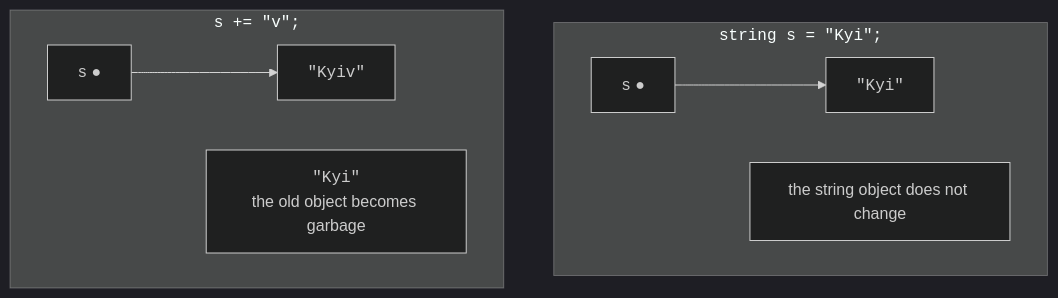
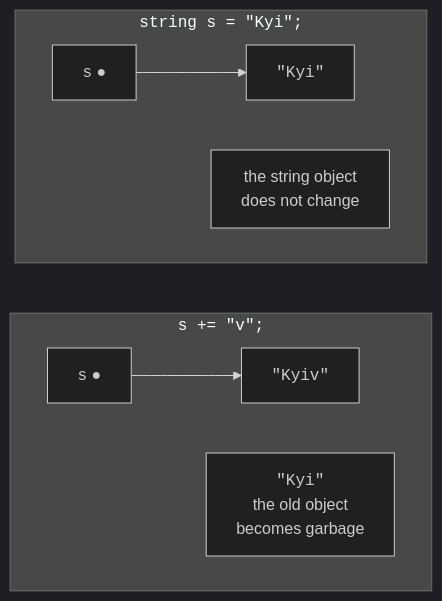
One commit to musicvano/Blog changed the diagram in src/courses/csharp/04-arrays-strings/strings.md. Above: the diagram before and after it, drawn with Mermaid (dark theme). The commit also changed other lines of this file and 583 other files, not shown here.

````diff
--- a/src/courses/csharp/04-arrays-strings/strings.md
+++ b/src/courses/csharp/04-arrays-strings/strings.md
@@ -19,13 +19,14 @@
 ```mermaid
 flowchart TB
   subgraph BEFORE ["<code>string s = #quot;Kyi#quot;;</code>"]
     direction LR
     S1["<code>s</code>  ●"] --> K1["<code>#quot;Kyi#quot;</code>"]
-    N1["the string object does not change"]
+    N1["the string object<br>does not change"]
   end
   subgraph AFTER ["<code>s += #quot;v#quot;;</code>"]
     direction LR
     S2["<code>s</code>  ●"] --> K2["<code>#quot;Kyiv#quot;</code>"]
-    OLD["<code>#quot;Kyi#quot;</code><br>the old object becomes garbage"]
+    OLD["<code>#quot;Kyi#quot;</code><br>the old object<br>becomes garbage"]
   end
+  BEFORE ~~~ AFTER
 ```
````
